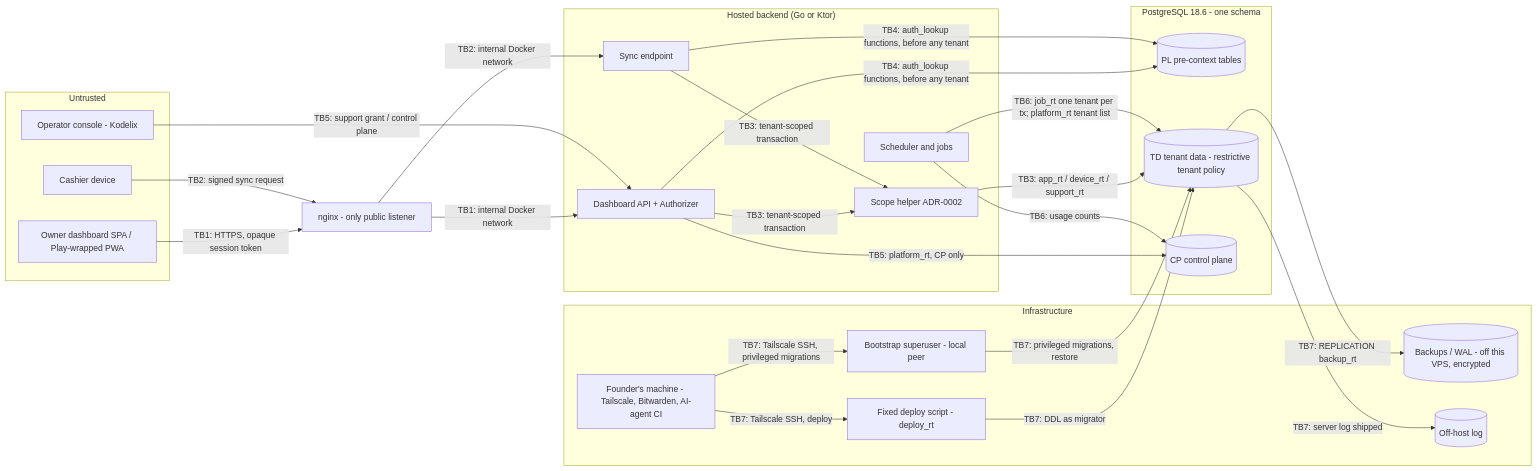
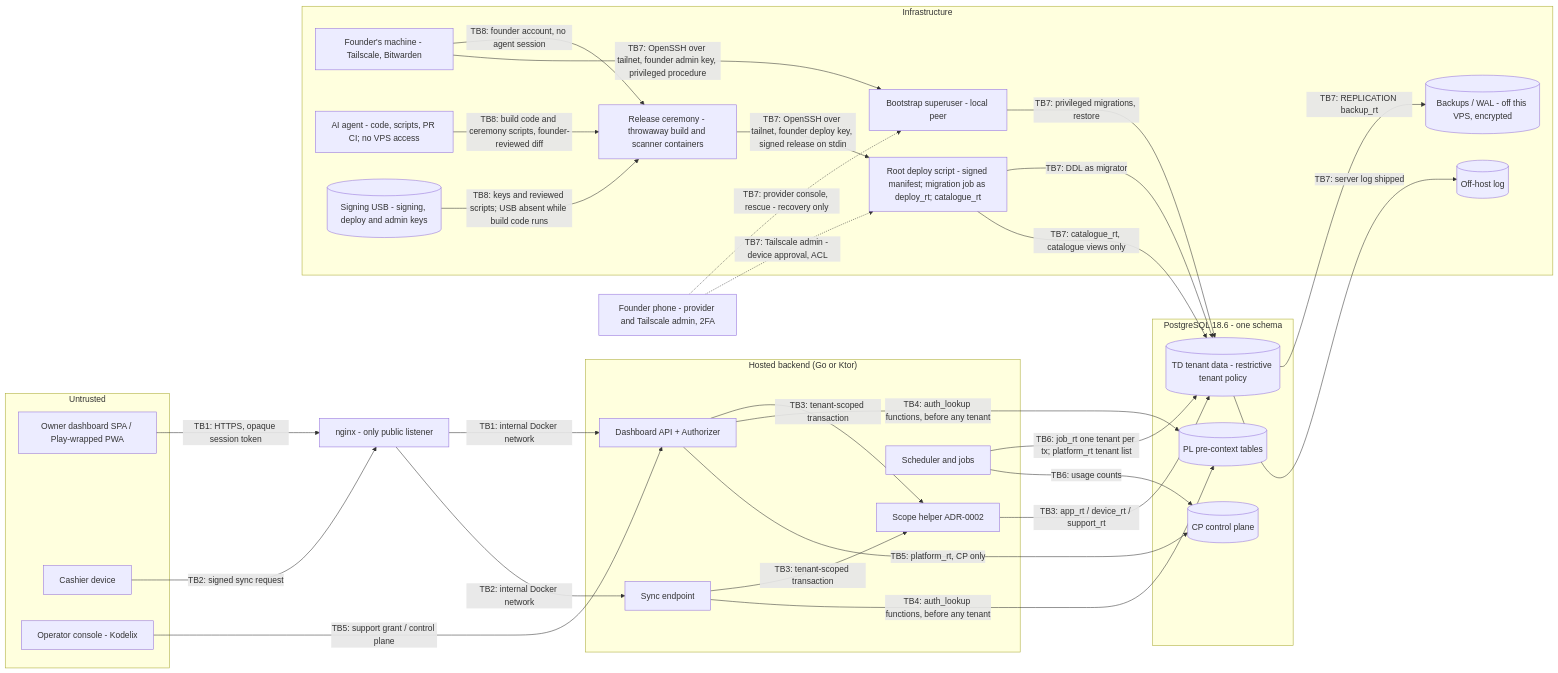
One commit to Kodelix/kodeebo changed the diagram in docs/architecture/threat-models/tenant-isolation.md. Above: the diagram before and after it, drawn with Mermaid. The commit also changed other lines of this file and 4 other files, not shown here.

````diff
--- a/docs/architecture/threat-models/tenant-isolation.md
+++ b/docs/architecture/threat-models/tenant-isolation.md
@@ -74,46 +76,56 @@
 ```mermaid
 flowchart LR
   subgraph Internet["Untrusted"]
     B[Owner dashboard SPA / Play-wrapped PWA]
     D[Cashier device]
     O[Operator console - Kodelix]
   end
   subgraph App["Hosted backend (Go or Ktor)"]
     API[Dashboard API + Authorizer]
     SYNC[Sync endpoint]
     H[Scope helper ADR-0002]
     J[Scheduler and jobs]
   end
   subgraph Data["PostgreSQL 18.6 - one schema"]
     PL[(PL pre-context tables)]
     TD[(TD tenant data - restrictive tenant policy)]
     CP[(CP control plane)]
   end
   subgraph Infra["Infrastructure"]
-    FM[Founder's machine - Tailscale, Bitwarden, AI-agent CI]
-    CI[Fixed deploy script - deploy_rt]
+    FM[Founder's machine - Tailscale, Bitwarden]
+    AG[AI agent - code, scripts, PR CI; no VPS access]
+    CER[Release ceremony - throwaway build and scanner containers]
+    USB[(Signing USB - signing, deploy and admin keys)]
+    CI[Root deploy script - signed manifest; migration job as deploy_rt; catalogue_rt]
     SU[Bootstrap superuser - local peer]
     BK[(Backups / WAL - off this VPS, encrypted)]
     LOG[(Off-host log)]
   end
+  PH[Founder phone - provider and Tailscale admin, 2FA]
   NG[nginx - only public listener]
   B -- "TB1: HTTPS, opaque session token" --> NG
   NG -- "TB1: internal Docker network" --> API
   D -- "TB2: signed sync request" --> NG
   NG -- "TB2: internal Docker network" --> SYNC
-  FM -- "TB7: Tailscale SSH, deploy" --> CI
-  FM -- "TB7: Tailscale SSH, privileged migrations" --> SU
+  AG -- "TB8: build code and ceremony scripts, founder-reviewed diff" --> CER
+  USB -- "TB8: keys and reviewed scripts; USB absent while build code runs" --> CER
+  FM -- "TB8: founder account, no agent session" --> CER
+  CER -- "TB7: OpenSSH over tailnet, founder deploy key, signed release on stdin" --> CI
+  FM -- "TB7: OpenSSH over tailnet, founder admin key, privileged procedure" --> SU
+  PH -. "TB7: provider console, rescue - recovery only" .-> SU
+  PH -. "TB7: Tailscale admin - device approval, ACL" .-> CI
   API -- "TB3: tenant-scoped transaction" --> H
   SYNC -- "TB3: tenant-scoped transaction" --> H
   H -- "TB3: app_rt / device_rt / support_rt" --> TD
   API -- "TB4: auth_lookup functions, before any tenant" --> PL
   SYNC -- "TB4: auth_lookup functions, before any tenant" --> PL
   O -- "TB5: support grant / control plane" --> API
   API -- "TB5: platform_rt, CP only" --> CP
   J -- "TB6: job_rt one tenant per tx; platform_rt tenant list" --> TD
   J -- "TB6: usage counts" --> CP
   CI -- "TB7: DDL as migrator" --> TD
+  CI -- "TB7: catalogue_rt, catalogue views only" --> TD
   SU -- "TB7: privileged migrations, restore" --> TD
   TD -- "TB7: REPLICATION backup_rt" --> BK
   TD -- "TB7: server log shipped" --> LOG
 ```
````
